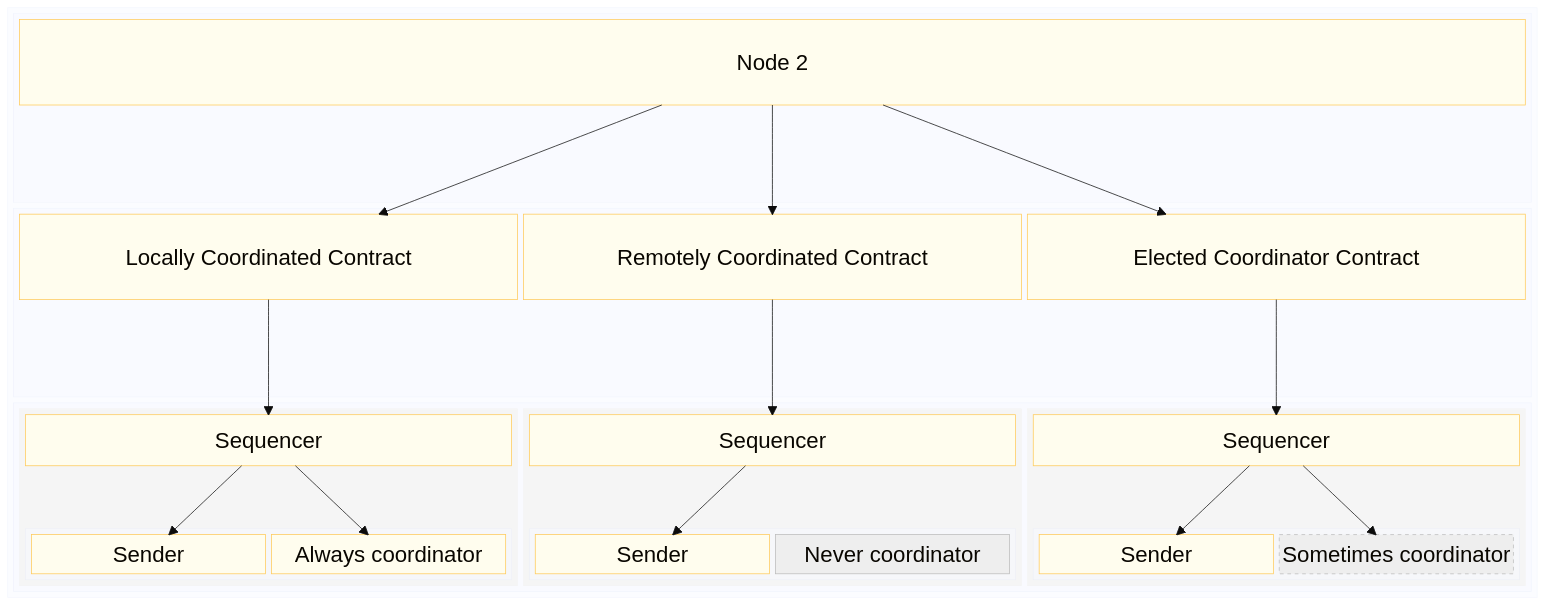
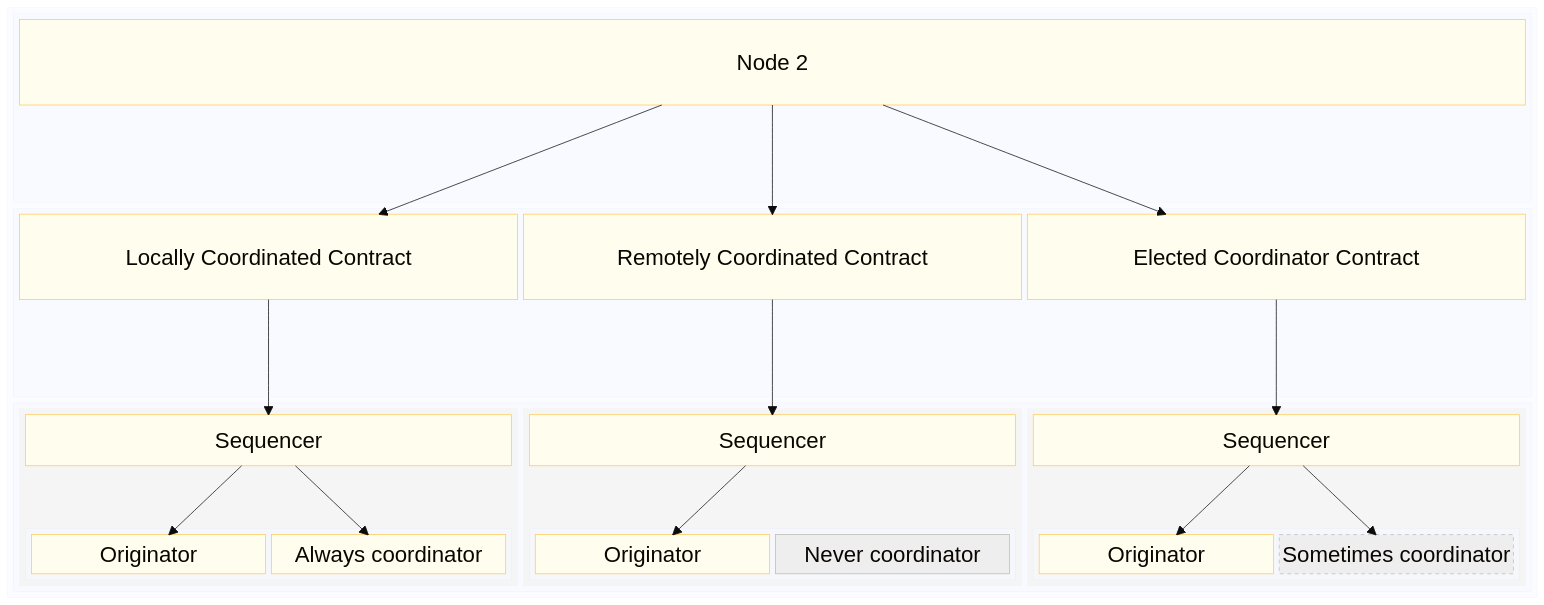
Before and after one commit to LF-Decentralized-Trust-labs/paladin: the third of 3 diagrams in doc-site/docs/architecture/distributed_sequencer_protocol.md, drawn with Mermaid. The commit also changed other lines of this file and 64 other files, not shown here.

Commit message:
Substantial refactor to move away from 'Sender' terminology to 'Originator'

````diff
--- a/doc-site/docs/architecture/distributed_sequencer_protocol.md
+++ b/doc-site/docs/architecture/distributed_sequencer_protocol.md
@@ -253,81 +253,81 @@
 ```mermaid
 %%{init: {'theme': 'base', 'themeVariables': { 'fontSize': '30px'}}}%%
 block-beta
     block:domain
       columns 1
       block:nodes
         columns 1
         node["Node 2"]
         space
       end
       block:nodecontracts
         columns 3
         domainContract1["Locally Coordinated Contract"]
         domainContract2["Remotely Coordinated Contract"]
         domainContract3["Elected Coordinator Contract"]
         space
         space
         space
       end
       block:nodesequencers
         columns 3
         block:seq1
           columns 1
           sequencer1["Sequencer"]
           space
           block:comp1
             columns 2
-            sender1["Sender"]
+            originator1["Originator"]
             coordinator1["Always coordinator"]
           end
         end
         block:seq2
           columns 1
           sequencer2["Sequencer"]
           space
           block:comp2
           columns 2
-            sender2["Sender"]
+            originator2["Originator"]
             coordinator2["Never coordinator"]
           end
         end
         block:seq3
           columns 1
           sequencer3["Sequencer"]
           space
           block:comp3
           columns 2
-            sender3["Sender"]
+            originator3["Originator"]
             coordinator3["Sometimes coordinator"]
           end
         end
       end
   end
   node --> domainContract1
   node --> domainContract2
   node --> domainContract3
   domainContract1 --> sequencer1
   domainContract2 --> sequencer2
   domainContract3 --> sequencer3
-  sequencer1 --> sender1
+  sequencer1 --> originator1
   sequencer1 --> coordinator1
-  sequencer2 --> sender2
-  sequencer3 --> sender3
+  sequencer2 --> originator2
+  sequencer3 --> originator3
   sequencer3 --> coordinator3
   style coordinator2 fill:#eeeeee,stroke:#bbbbbb
   style coordinator3 fill:#eeeeee,stroke:#bbbbbb,stroke-dasharray: 5 5
   style seq1 fill:#f5f5f5,stroke:#f5f5f5
   style seq2 fill:#f5f5f5,stroke:#f5f5f5
   style seq3 fill:#f5f5f5,stroke:#f5f5f5
   style node fill:#fffdee,stroke:#ffca58
   style sequencer1 fill:#fffdee,stroke:#ffca58
   style sequencer2 fill:#fffdee,stroke:#ffca58
   style sequencer3 fill:#fffdee,stroke:#ffca58
-  style sender1 fill:#fffdee,stroke:#ffca58
-  style sender2 fill:#fffdee,stroke:#ffca58
-  style sender3 fill:#fffdee,stroke:#ffca58
+  style originator1 fill:#fffdee,stroke:#ffca58
+  style originator2 fill:#fffdee,stroke:#ffca58
+  style originator3 fill:#fffdee,stroke:#ffca58
   style coordinator1 fill:#fffdee,stroke:#ffca58
   style domainContract1 fill:#fffdee,stroke:#ffca58
   style domainContract2 fill:#fffdee,stroke:#ffca58
   style domainContract3 fill:#fffdee,stroke:#ffca58
 ```
````
